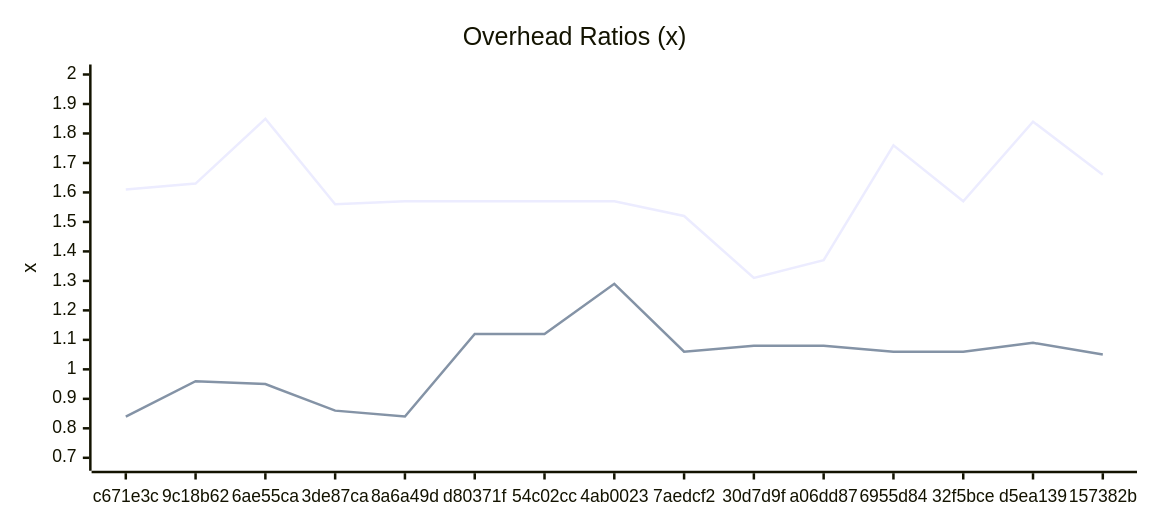
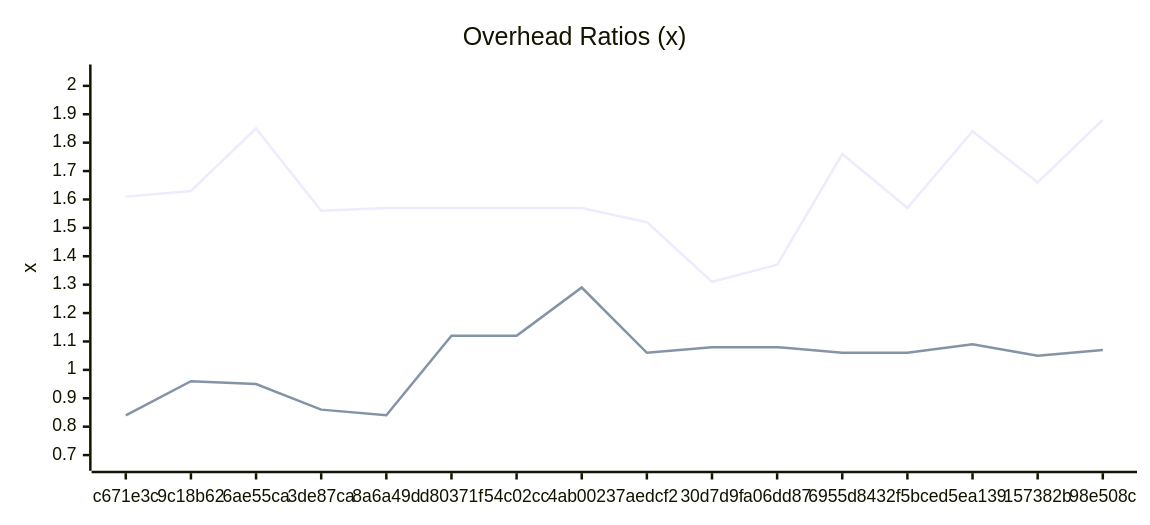
Before and after one commit to Ikolvi/titan: the sixth of 6 diagrams in docs/BENCHMARKS.md, drawn with Mermaid. The commit also changed other lines of this file, not shown here.

````diff
--- a/docs/BENCHMARKS.md
+++ b/docs/BENCHMARKS.md
@@ -213,15 +214,15 @@
 ```mermaid
 ---
 config:
     xyChart:
         width: 900
         height: 400
         plotColorPalette: "#4e79a7, #f28e2c, #e15759, #76b7b2, #59a14f, #edc949"
 ---
 xychart-beta
     title "Overhead Ratios (x)"
-    x-axis ["c671e3c", "9c18b62", "6ae55ca", "3de87ca", "8a6a49d", "d80371f", "54c02cc", "4ab0023", "7aedcf2", "30d7d9f", "a06dd87", "6955d84", "32f5bce", "d5ea139", "157382b"]
-    y-axis "x" 0.69 --> 2.00
-    line [1.61, 1.63, 1.85, 1.56, 1.57, 1.57, 1.57, 1.57, 1.52, 1.31, 1.37, 1.76, 1.57, 1.84, 1.66]
-    line [0.84, 0.96, 0.95, 0.86, 0.84, 1.12, 1.12, 1.29, 1.06, 1.08, 1.08, 1.06, 1.06, 1.09, 1.05]
+    x-axis ["c671e3c", "9c18b62", "6ae55ca", "3de87ca", "8a6a49d", "d80371f", "54c02cc", "4ab0023", "7aedcf2", "30d7d9f", "a06dd87", "6955d84", "32f5bce", "d5ea139", "157382b", "98e508c"]
+    y-axis "x" 0.68 --> 2.04
+    line [1.61, 1.63, 1.85, 1.56, 1.57, 1.57, 1.57, 1.57, 1.52, 1.31, 1.37, 1.76, 1.57, 1.84, 1.66, 1.88]
+    line [0.84, 0.96, 0.95, 0.86, 0.84, 1.12, 1.12, 1.29, 1.06, 1.08, 1.08, 1.06, 1.06, 1.09, 1.05, 1.07]
 ```
````
